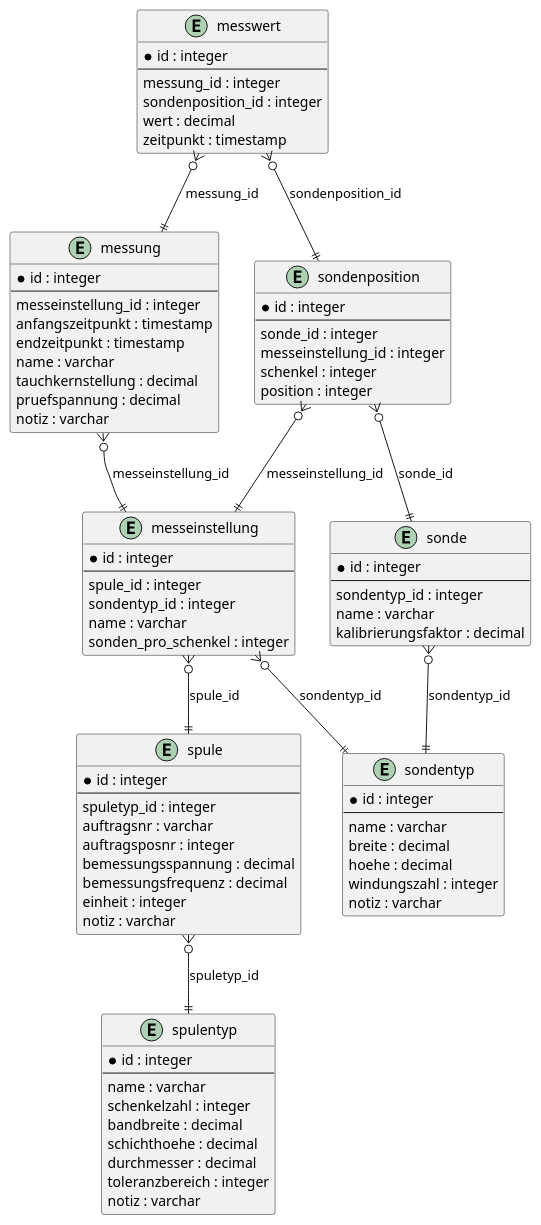
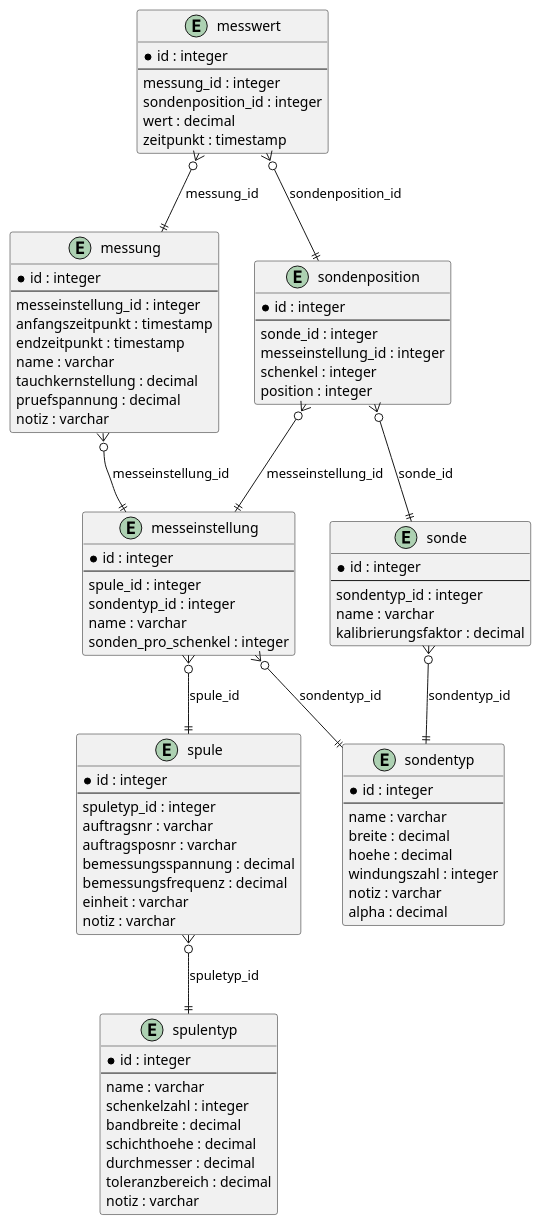
The diagram in asciidocs/docs/project-description/diagrams/erd.puml (2425-4chif-syp/01-projekte-2025-4chif-syp-trench), drawn with PlantUML before and after one commit.

Commit message:
docs: updated erd

```diff
--- a/asciidocs/docs/project-description/diagrams/erd.puml
+++ b/asciidocs/docs/project-description/diagrams/erd.puml
@@ -3,94 +3,95 @@
 @startuml Trench ERD
 
 entity spulentyp {
   * id : integer
   --
   name : varchar
   schenkelzahl : integer
   bandbreite : decimal
   schichthoehe : decimal
   durchmesser : decimal
-  toleranzbereich : integer
+  toleranzbereich : decimal
   notiz : varchar
 }
 
 entity spule {
   * id : integer
   --
   spuletyp_id : integer
   auftragsnr : varchar
-  auftragsposnr : integer
+  auftragsposnr : varchar
   bemessungsspannung : decimal
   bemessungsfrequenz : decimal
-  einheit : integer
+  einheit : varchar
   notiz : varchar
 }
 
 entity sondentyp {
   * id : integer
   --
   name : varchar
   breite : decimal
   hoehe : decimal
   windungszahl : integer
   notiz : varchar
+  alpha : decimal
 }
 
 entity messeinstellung {
   * id : integer
   --
   spule_id : integer
   sondentyp_id : integer
   name : varchar
   sonden_pro_schenkel : integer
 }
 
 entity messung {
   * id : integer
   --
   messeinstellung_id : integer
   anfangszeitpunkt : timestamp
   endzeitpunkt : timestamp
   name : varchar
   tauchkernstellung : decimal
   pruefspannung : decimal
   notiz : varchar
 }
 
 entity sondenposition {
   * id : integer
   --
   sonde_id : integer
   messeinstellung_id : integer
   schenkel : integer
   position : integer
 }
 
 entity messwert {
   * id : integer
   --
   messung_id : integer
   sondenposition_id : integer
   wert : decimal
   zeitpunkt : timestamp
 }
 
 entity sonde {
   * id : integer
   --
   sondentyp_id : integer
   name : varchar
   kalibrierungsfaktor : decimal
 }
 
 spule }o--|| spulentyp : "spuletyp_id"
 messeinstellung }o--|| spule : "spule_id"
 messeinstellung }o--|| sondentyp : "sondentyp_id"
 messung }o--|| messeinstellung : "messeinstellung_id"
 sondenposition }o--|| sonde : "sonde_id"
 sondenposition }o--|| messeinstellung : "messeinstellung_id"
 messwert }o--|| messung : "messung_id"
 messwert }o--|| sondenposition : "sondenposition_id"
 sonde }o--|| sondentyp : "sondentyp_id"
 
 @enduml
```
